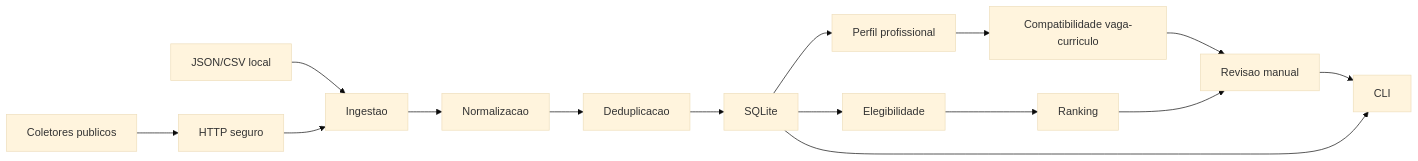
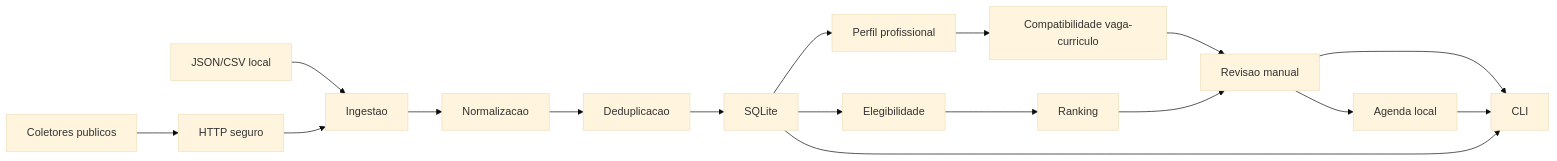
Before and after one commit to Islayder/JobSearch: the diagram in docs/architecture.md, drawn with Mermaid (base theme). The commit also changed other lines of this file and 25 other files, not shown here.

````diff
--- a/docs/architecture.md
+++ b/docs/architecture.md
@@ -23,17 +25,19 @@
 ```mermaid
 flowchart LR
     L["JSON/CSV local"] --> C["Ingestao"]
     B["Coletores publicos"] --> H["HTTP seguro"]
     H --> C
     C --> D["Normalizacao"]
     D --> E["Deduplicacao"]
     E --> F["SQLite"]
     F --> G["Elegibilidade"]
     G --> R["Ranking"]
     F --> P["Perfil profissional"]
     P --> X["Compatibilidade vaga-curriculo"]
     X --> V["Revisao manual"]
     R --> V
+    V --> A["Agenda local"]
     V --> I["CLI"]
+    A --> I
     F --> I
 ```
````
